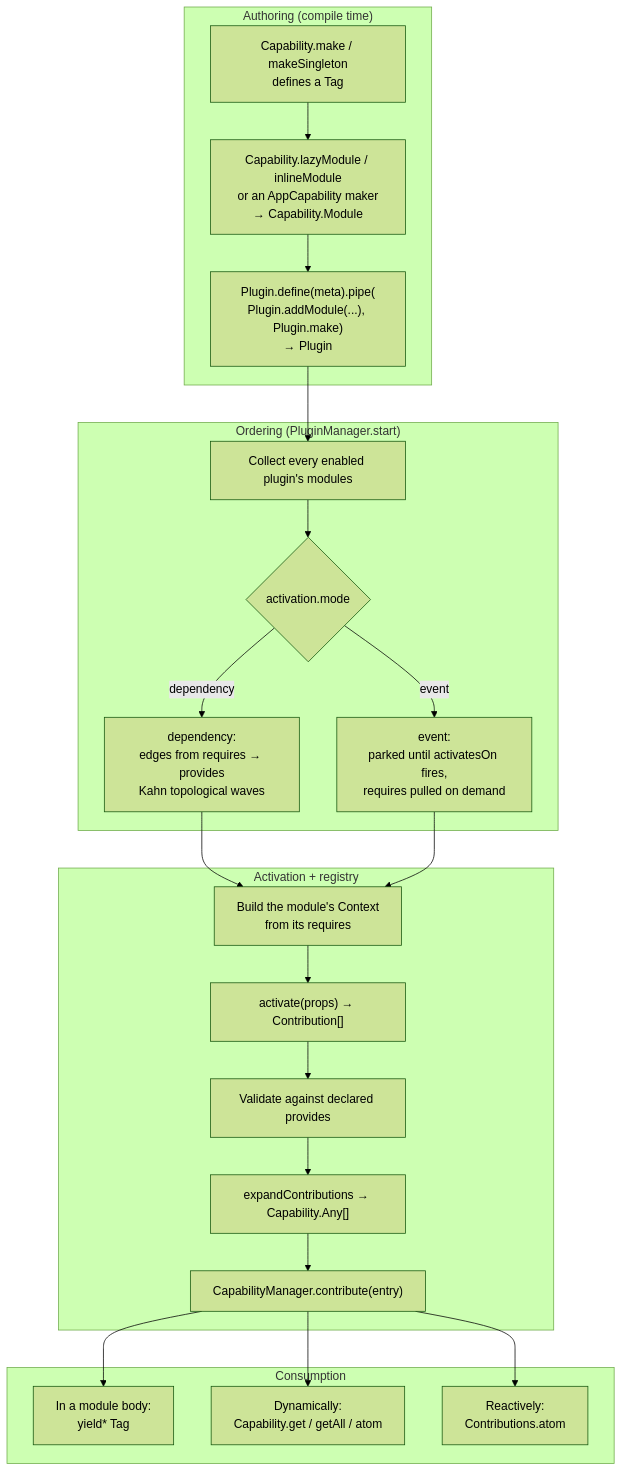
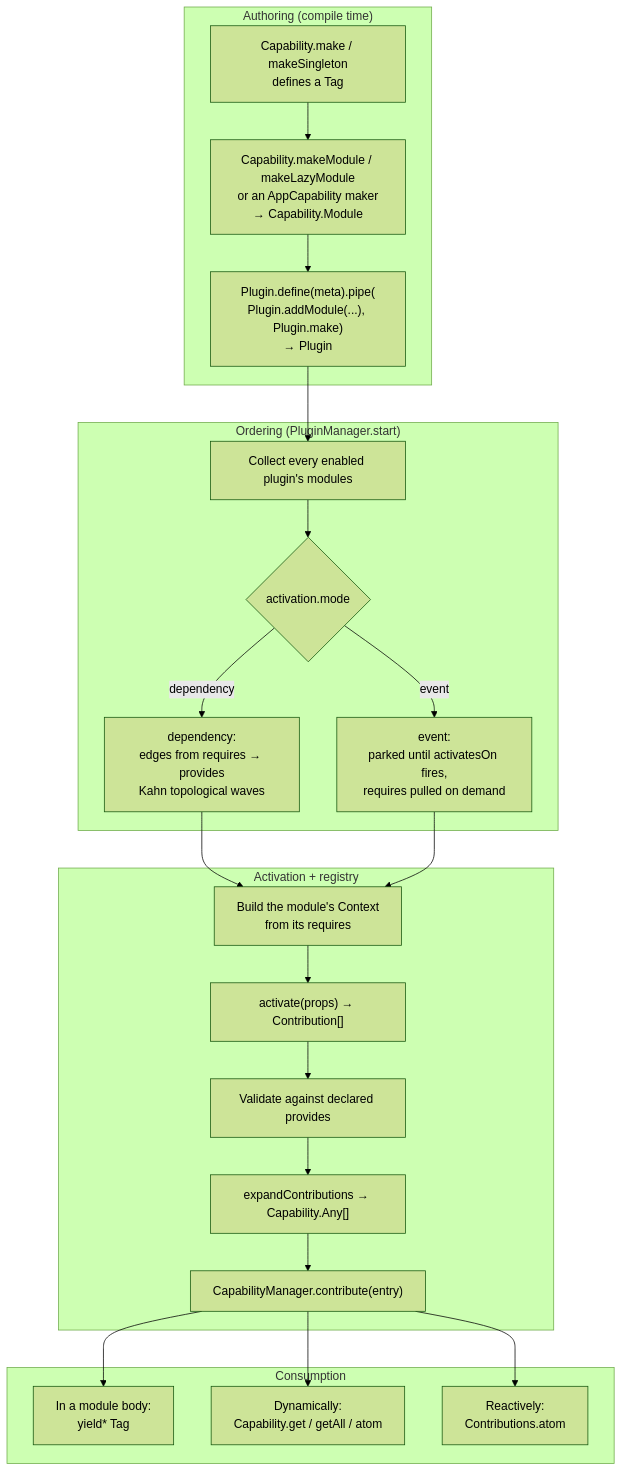
Before and after one commit to dxos/dxos: the second of 2 diagrams in packages/sdk/app-framework/docs/ARCHITECTURE.md, drawn with Mermaid (forest theme). The commit also changed 152 other files, not shown here.

````diff
--- a/packages/sdk/app-framework/docs/ARCHITECTURE.md
+++ b/packages/sdk/app-framework/docs/ARCHITECTURE.md
@@ -114,41 +114,41 @@
 ```mermaid
 flowchart TB
   subgraph authoring["Authoring (compile time)"]
     A1["Capability.make / makeSingleton<br/>defines a Tag"]
-    A2["Capability.lazyModule / inlineModule<br/>or an AppCapability maker<br/>→ Capability.Module"]
+    A2["Capability.makeModule / makeLazyModule<br/>or an AppCapability maker<br/>→ Capability.Module"]
     A3["Plugin.define(meta).pipe(<br/>Plugin.addModule(...), Plugin.make)<br/>→ Plugin"]
     A1 --> A2 --> A3
   end
 
   subgraph ordering["Ordering (PluginManager.start)"]
     B1["Collect every enabled plugin's modules"]
     B2{"activation.mode"}
     B3["dependency:<br/>edges from requires → provides<br/>Kahn topological waves"]
     B4["event:<br/>parked until activatesOn fires,<br/>requires pulled on demand"]
     B1 --> B2
     B2 -->|dependency| B3
     B2 -->|event| B4
   end
 
   subgraph runtime["Activation + registry"]
     C1["Build the module's Context<br/>from its requires"]
     C2["activate(props) → Contribution[]"]
     C3["Validate against declared provides"]
     C4["expandContributions → Capability.Any[]"]
     C5["CapabilityManager.contribute(entry)"]
     C1 --> C2 --> C3 --> C4 --> C5
   end
 
   subgraph consume["Consumption"]
     D1["In a module body:<br/>yield* Tag"]
     D2["Dynamically:<br/>Capability.get / getAll / atom"]
     D3["Reactively:<br/>Contributions.atom"]
   end
 
   A3 --> B1
   B3 --> C1
   B4 --> C1
   C5 --> D1
   C5 --> D2
   C5 --> D3
 ```
````
